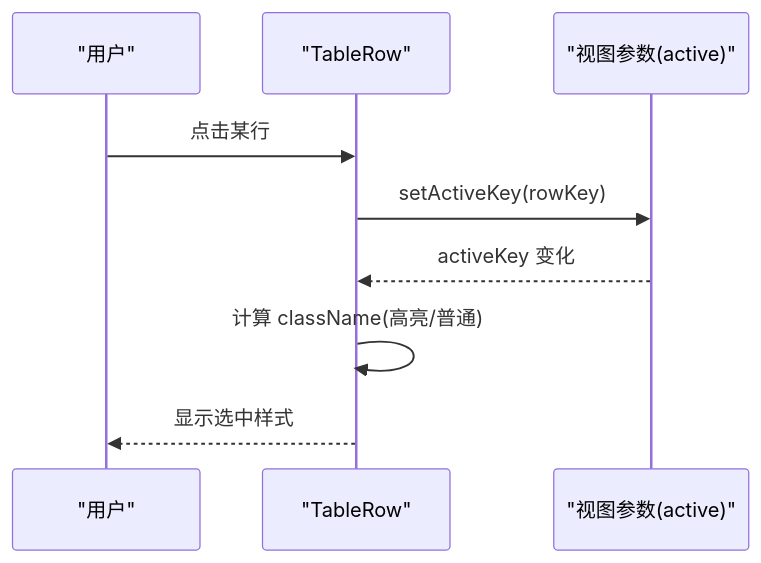
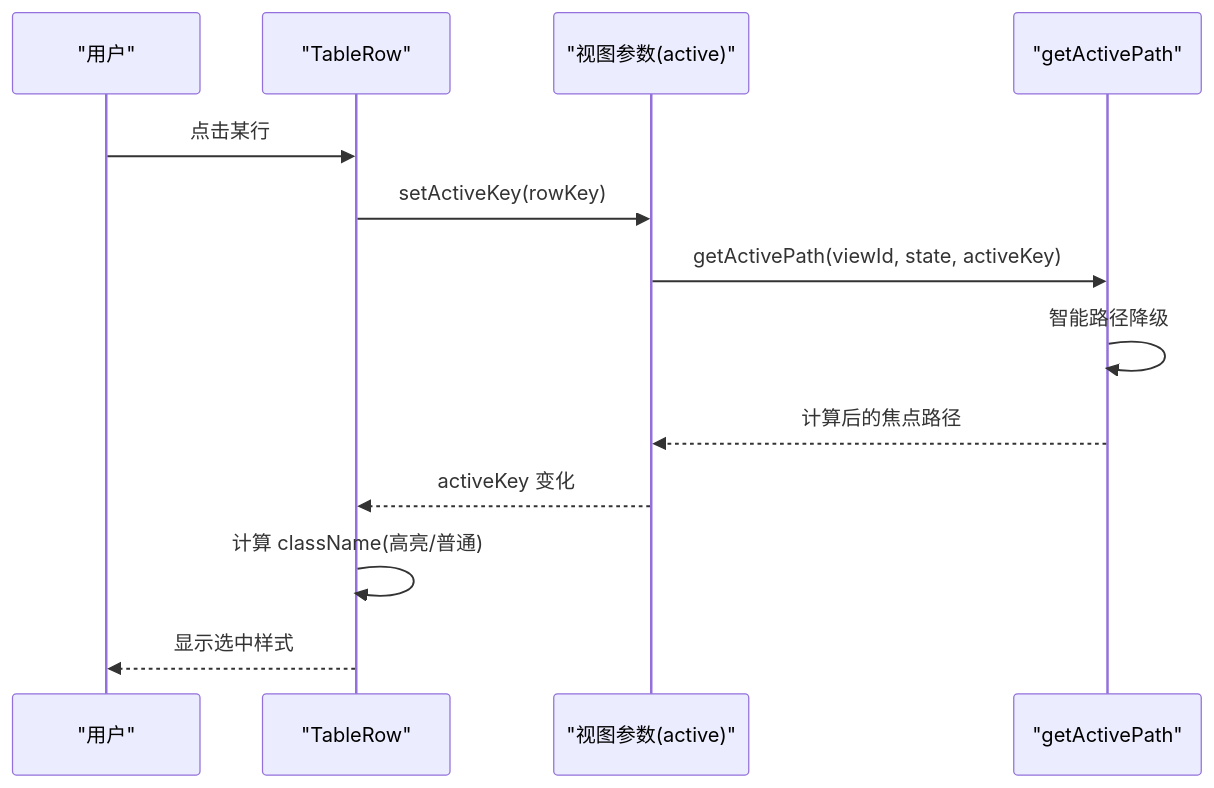
One commit to liqiongke/FrontArk changed the fifth of 8 diagrams in .qoder/repowiki/zh/content/组件库/数据组件/表格组件.md. Above: the diagram before and after it, drawn with Mermaid. The commit also changed other lines of this file and 5 other files, not shown here.

````diff
--- a/.qoder/repowiki/zh/content/组件库/数据组件/表格组件.md
+++ b/.qoder/repowiki/zh/content/组件库/数据组件/表格组件.md
@@ -238,11 +253,15 @@
 ```mermaid
 sequenceDiagram
 participant User as "用户"
 participant Row as "TableRow"
 participant Store as "视图参数(active)"
+participant ActivePath as "getActivePath"
 User->>Row : 点击某行
 Row->>Store : setActiveKey(rowKey)
+Store->>ActivePath : getActivePath(viewId, state, activeKey)
+ActivePath->>ActivePath : 智能路径降级
+ActivePath-->>Store : 计算后的焦点路径
 Store-->>Row : activeKey 变化
 Row->>Row : 计算 className(高亮/普通)
 Row-->>User : 显示选中样式
 ```
````
